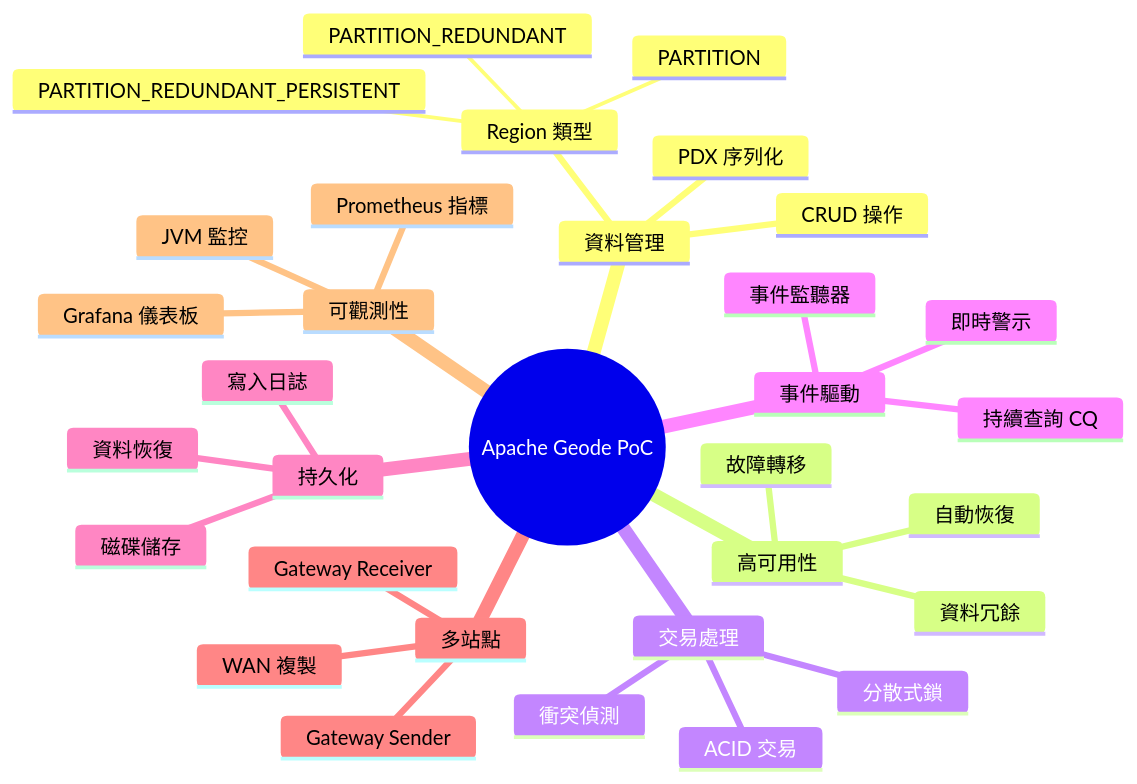
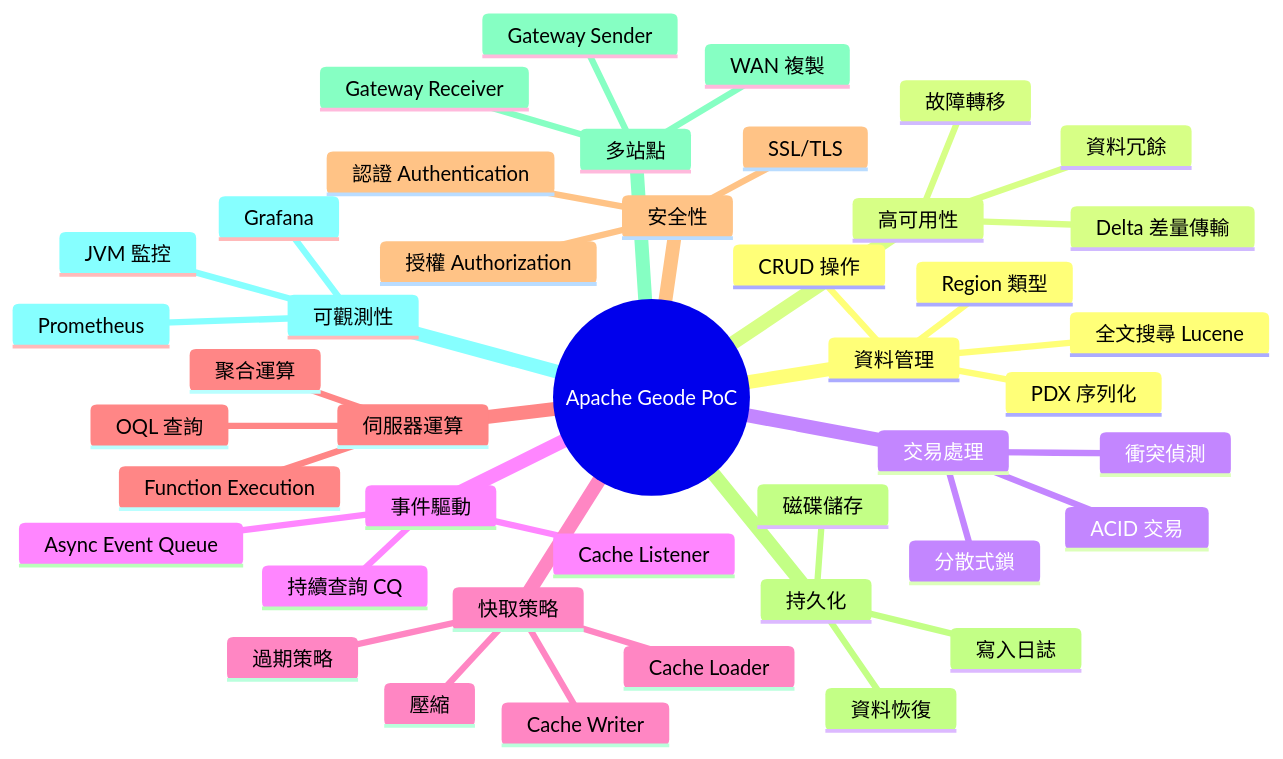
Before and after one commit to ChunPingWang/geode-poc: the second of 27 diagrams in README.md, drawn with Mermaid. The commit also changed other lines of this file and 15 other files, not shown here.

First line of the commit message:
新增進階功能：Function、Security、Lucene、Cache 策略等

````diff
--- a/README.md
+++ b/README.md
@@ -54,35 +69,46 @@
 ```mermaid
 mindmap
   root((Apache Geode PoC))
     資料管理
       CRUD 操作
       Region 類型
-        PARTITION
-        PARTITION_REDUNDANT
-        PARTITION_REDUNDANT_PERSISTENT
       PDX 序列化
+      全文搜尋 Lucene
     高可用性
       故障轉移
       資料冗餘
-      自動恢復
+      Delta 差量傳輸
     交易處理
       ACID 交易
       分散式鎖
       衝突偵測
     事件驅動
       持續查詢 CQ
-      事件監聽器
-      即時警示
+      Cache Listener
+      Async Event Queue
+    快取策略
+      Cache Writer
+      Cache Loader
+      過期策略
+      壓縮
+    伺服器運算
+      Function Execution
+      聚合運算
+      OQL 查詢
+    安全性
+      認證 Authentication
+      授權 Authorization
+      SSL/TLS
     持久化
       磁碟儲存
       寫入日誌
       資料恢復
     多站點
       WAN 複製
       Gateway Sender
       Gateway Receiver
     可觀測性
-      Prometheus 指標
-      Grafana 儀表板
+      Prometheus
+      Grafana
       JVM 監控
 ```
````
